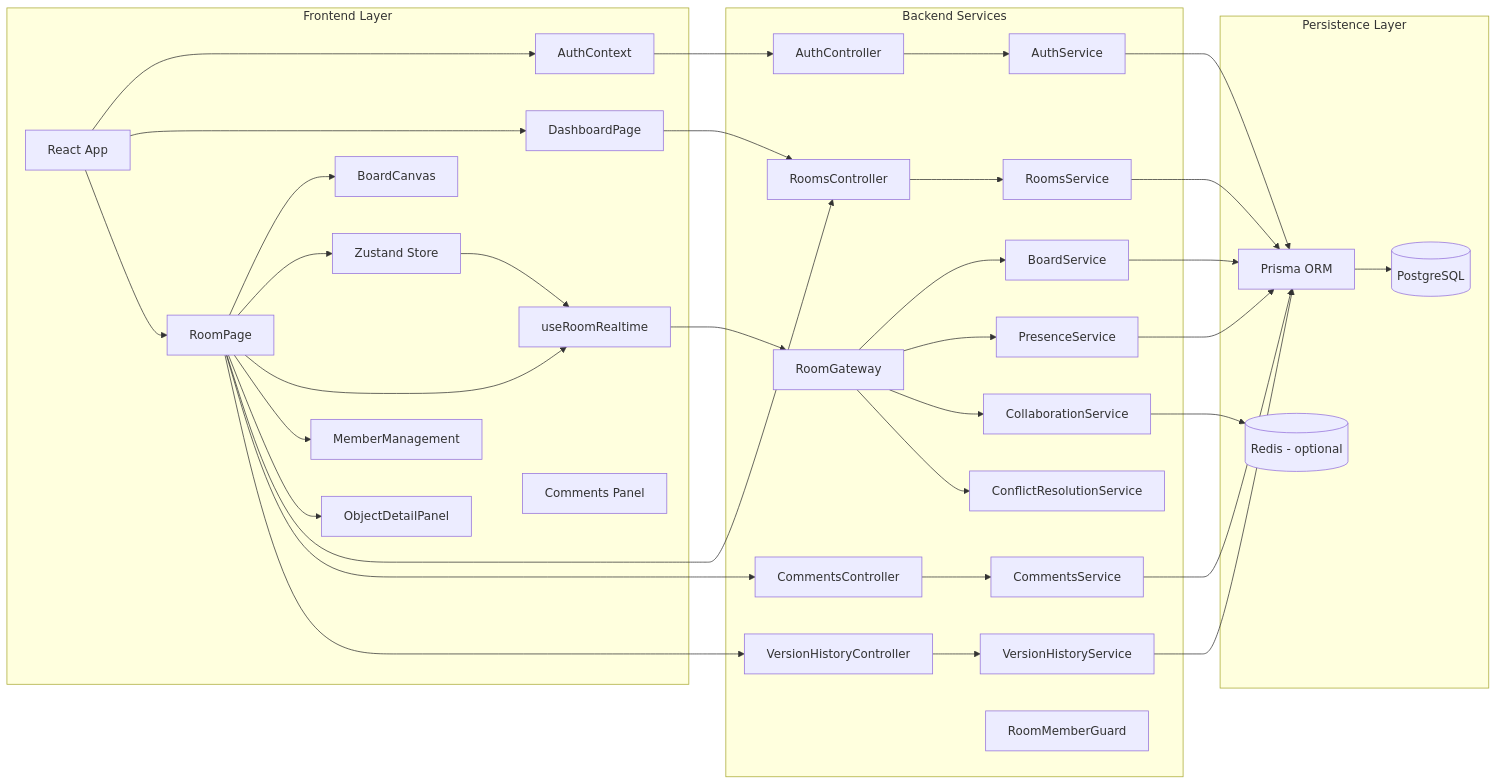
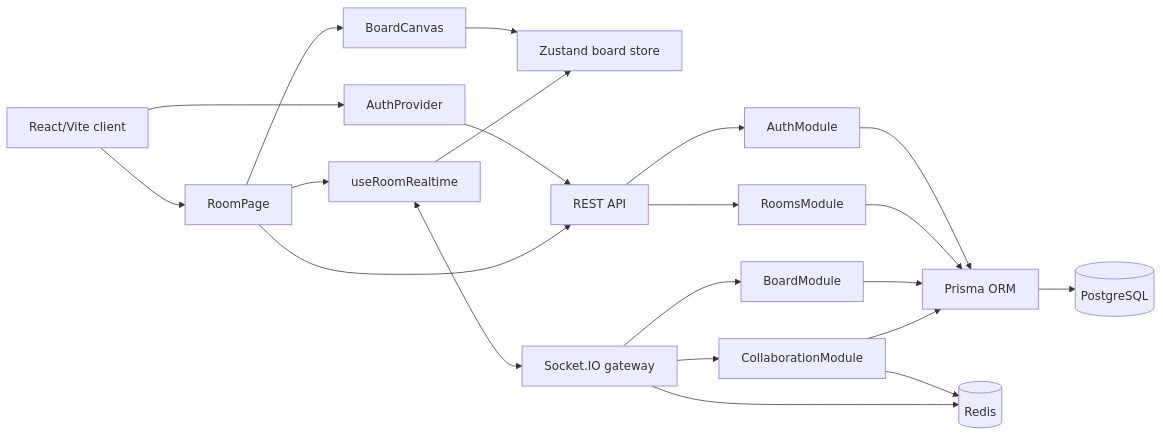
Before and after one commit to phapsucongu/white-board: the first of 19 diagrams in REPO_REPORT.md, drawn with Mermaid. The commit also changed other lines of this file, not shown here.

````diff
--- a/REPO_REPORT.md
+++ b/REPO_REPORT.md
@@ -139,70 +59,39 @@
 ```mermaid
 flowchart LR
-  subgraph Client[Frontend Layer]
-    A[React App]
-    B[AuthContext]
-    C[DashboardPage]
-    D[RoomPage]
-    E[BoardCanvas]
-    F[Zustand Store]
-    G[useRoomRealtime]
-    H[MemberManagement]
-    I[ObjectDetailPanel]
-    J[Comments Panel]
-  end
+  Browser[React/Vite client]
+  AuthCtx[AuthProvider]
+  RoomPage[RoomPage]
+  Canvas[BoardCanvas]
+  Store[Zustand board store]
+  RT[useRoomRealtime]
+  REST[REST API]
+  WS[Socket.IO gateway]
+  Auth[AuthModule]
+  Rooms[RoomsModule]
+  Board[BoardModule]
+  Collab[CollaborationModule]
+  Prisma[Prisma ORM]
+  PG[(PostgreSQL)]
+  Redis[(Redis)]
 
-  subgraph Backend[Backend Services]
-    K[AuthController]
-    L[RoomsController]
-    M[CommentsController]
-    N[VersionHistoryController]
-    O[RoomGateway]
-    P[AuthService]
-    Q[RoomsService]
-    R[CommentsService]
-    S[BoardService]
-    T[VersionHistoryService]
-    U[PresenceService]
-    V[CollaborationService]
-    W[ConflictResolutionService]
-    X[RoomMemberGuard]
-  end
-
-  subgraph Data[Persistence Layer]
-    Y[(PostgreSQL)]
-    Z[Prisma ORM]
-    RDS[(Redis - optional)]
-  end
-
-  A --> B
-  A --> C
-  A --> D
-  D --> E
-  D --> F
-  D --> G
-  D --> H
-  D --> I
-  F --> G
-  B --> K
-  C --> L
-  D --> L
-  D --> M
-  D --> N
-  G --> O
-  K --> P
-  L --> Q
-  M --> R
-  N --> T
-  O --> S
-  O --> U
-  O --> V
-  O --> W
-  P --> Z
-  Q --> Z
-  R --> Z
-  S --> Z
-  T --> Z
-  U --> Z
-  V --> RDS
-  Z --> Y
+  Browser --> AuthCtx
+  Browser --> RoomPage
+  RoomPage --> Canvas
+  Canvas --> Store
+  RoomPage --> RT
+  RT --> Store
+  AuthCtx --> REST
+  RoomPage --> REST
+  RT <--> WS
+  REST --> Auth
+  REST --> Rooms
+  WS --> Board
+  WS --> Collab
+  Auth --> Prisma
+  Rooms --> Prisma
+  Board --> Prisma
+  Collab --> Prisma
+  Collab --> Redis
+  WS --> Redis
+  Prisma --> PG
 ```
````
